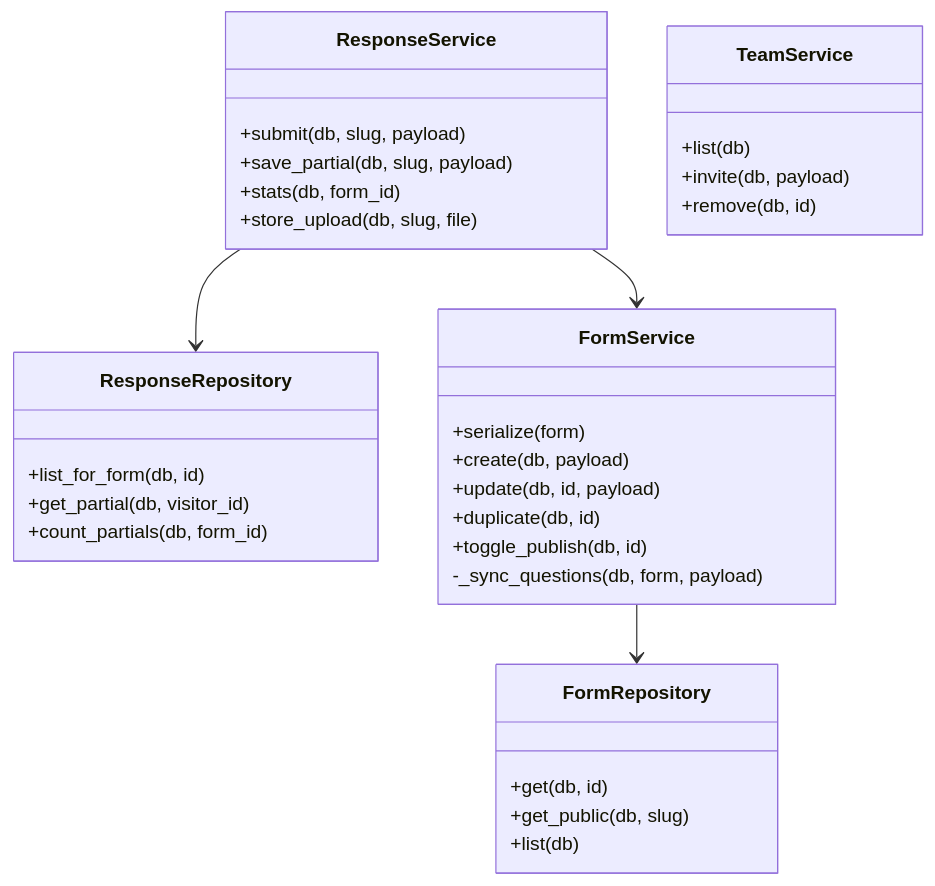
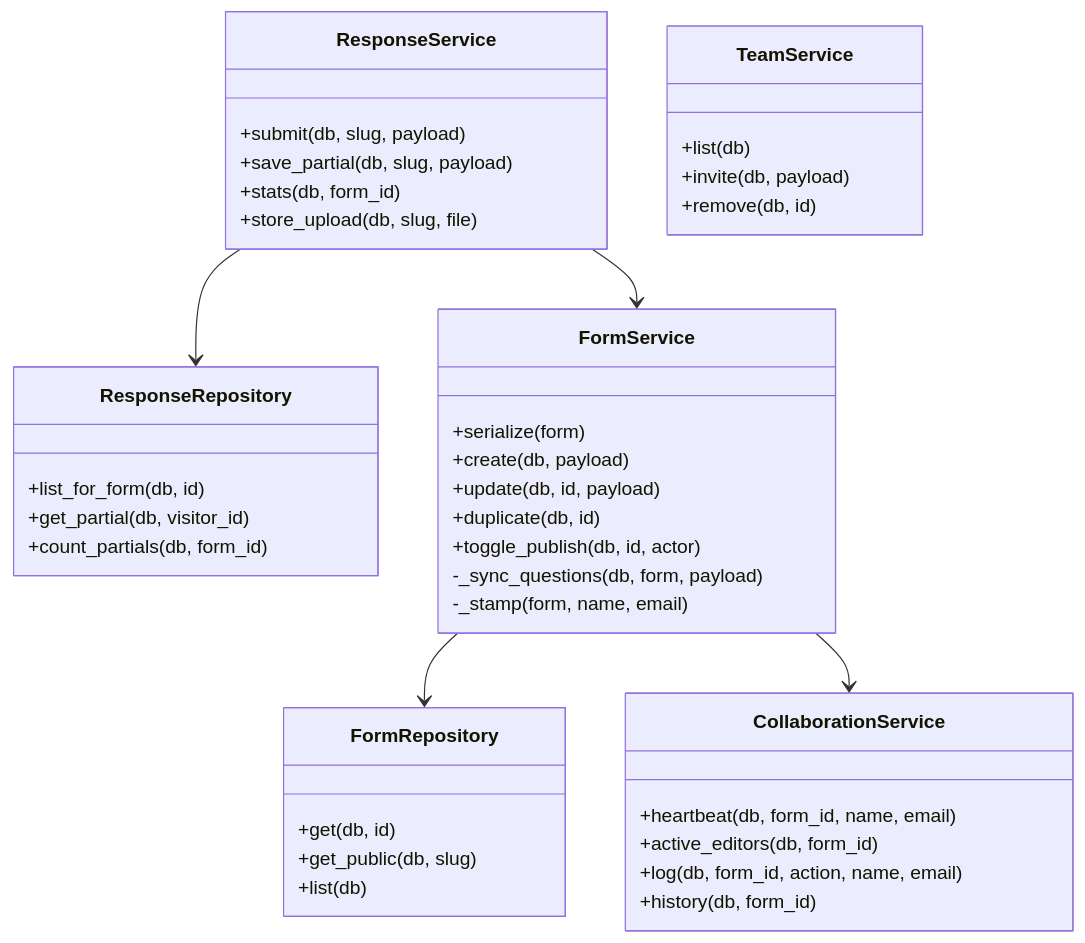
The second of 3 diagrams in docs/diagrams/class-uml.md (ruthwikkakumani/formly), drawn with Mermaid before and after one commit. The commit also changed other lines of this file and 11 other files, not shown here.

First line of the commit message:
docs: sync LLD and UML with live presence and activity history

````diff
--- a/docs/diagrams/class-uml.md
+++ b/docs/diagrams/class-uml.md
@@ -63,35 +83,43 @@
 ```mermaid
 classDiagram
   class FormRepository {
     +get(db, id)
     +get_public(db, slug)
     +list(db)
   }
   class ResponseRepository {
     +list_for_form(db, id)
     +get_partial(db, visitor_id)
     +count_partials(db, form_id)
   }
   class FormService {
     +serialize(form)
     +create(db, payload)
     +update(db, id, payload)
     +duplicate(db, id)
-    +toggle_publish(db, id)
+    +toggle_publish(db, id, actor)
     -_sync_questions(db, form, payload)
+    -_stamp(form, name, email)
+  }
+  class CollaborationService {
+    +heartbeat(db, form_id, name, email)
+    +active_editors(db, form_id)
+    +log(db, form_id, action, name, email)
+    +history(db, form_id)
   }
   class ResponseService {
     +submit(db, slug, payload)
     +save_partial(db, slug, payload)
     +stats(db, form_id)
     +store_upload(db, slug, file)
   }
   class TeamService {
     +list(db)
     +invite(db, payload)
     +remove(db, id)
   }
   FormService --> FormRepository
+  FormService --> CollaborationService
   ResponseService --> FormService
   ResponseService --> ResponseRepository
 ```
````
